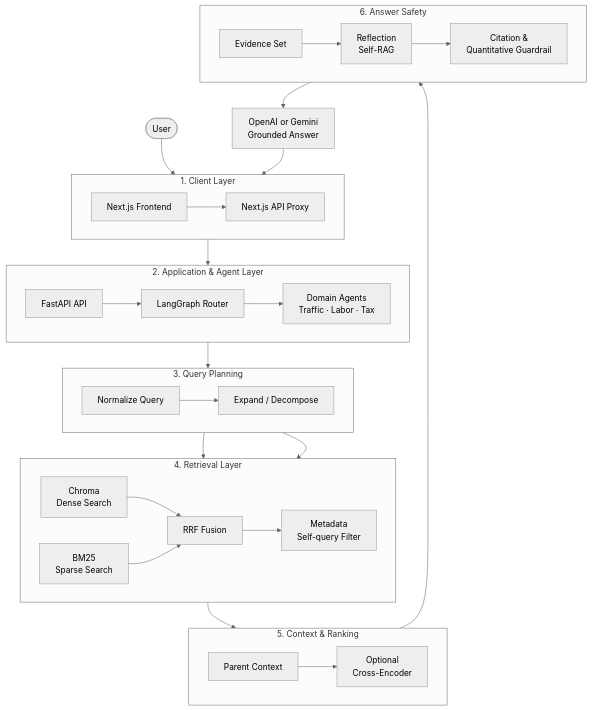
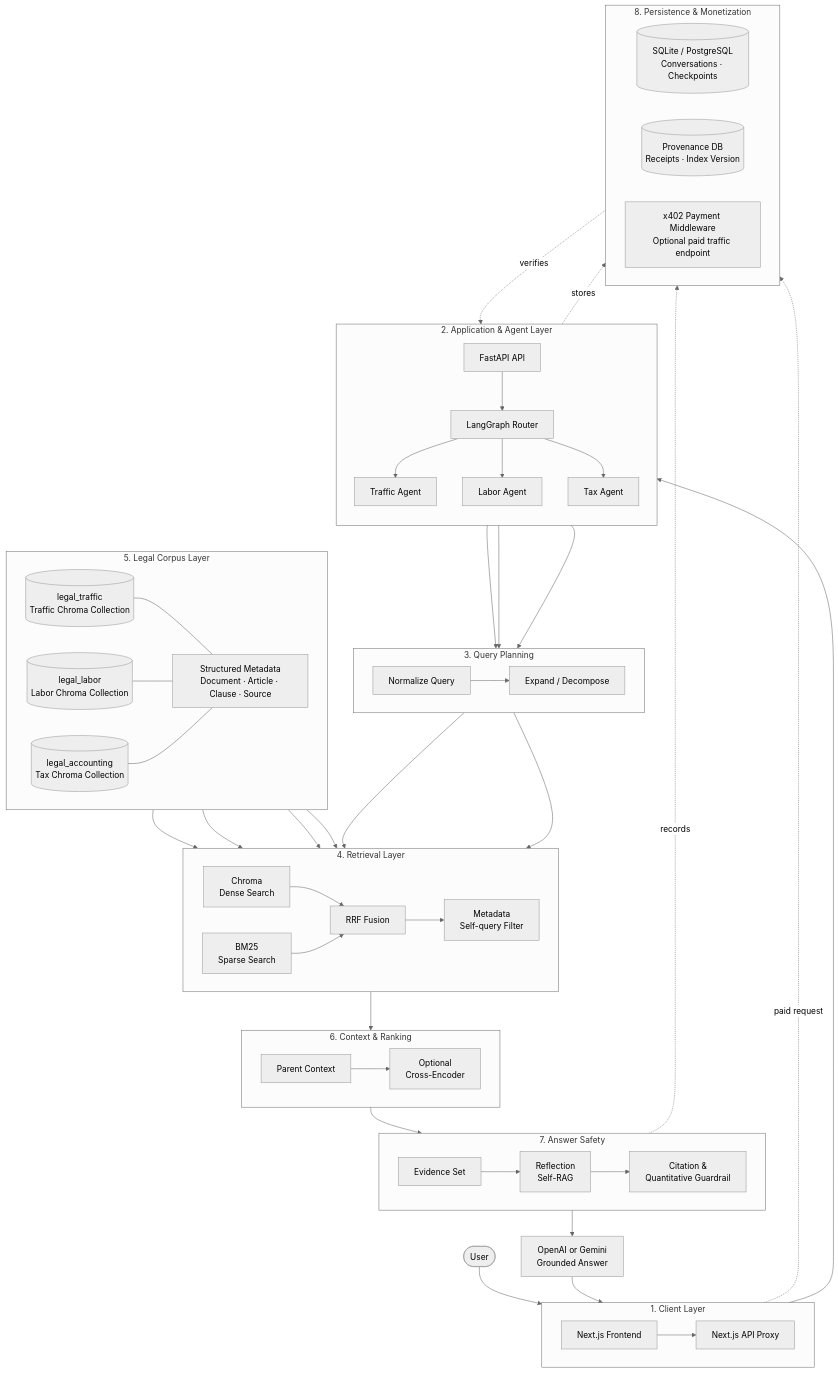
Before and after one commit to minhtangithu0b123/Trust-Agent: the first of 2 diagrams in README.md, drawn with Mermaid (neutral theme).

Commit message:
docs: restore full architecture components

````diff
--- a/README.md
+++ b/README.md
@@ -94,52 +94,82 @@
 ```mermaid
 flowchart TD
     U([User])
 
     subgraph CLIENT[1. Client Layer]
         direction LR
         FE[Next.js Frontend] --> PROXY[Next.js API Proxy]
     end
 
     subgraph ORCH[2. Application & Agent Layer]
-        direction LR
-        API[FastAPI API] --> ROUTER[LangGraph Router] --> AGENTS[Domain Agents<br/>Traffic · Labor · Tax]
+        direction TB
+        API[FastAPI API] --> ROUTER[LangGraph Router]
+        ROUTER --> TRAFFIC[Traffic Agent]
+        ROUTER --> LABOR[Labor Agent]
+        ROUTER --> TAX[Tax Agent]
     end
 
     subgraph PLAN[3. Query Planning]
         direction LR
         NORMALIZE[Normalize Query] --> EXPAND[Expand / Decompose]
     end
 
     subgraph RETRIEVAL[4. Retrieval Layer]
         direction LR
         DENSE[Chroma<br/>Dense Search]
         SPARSE[BM25<br/>Sparse Search]
         RRF[RRF Fusion]
         FILTER[Metadata<br/>Self-query Filter]
         DENSE --> RRF
         SPARSE --> RRF
         RRF --> FILTER
     end
 
-    subgraph CONTEXT[5. Context & Ranking]
+    subgraph CORPUS[5. Legal Corpus Layer]
+        direction LR
+        TRAFFIC_DB[(legal_traffic<br/>Traffic Chroma Collection)]
+        LABOR_DB[(legal_labor<br/>Labor Chroma Collection)]
+        TAX_DB[(legal_accounting<br/>Tax Chroma Collection)]
+        META[Structured Metadata<br/>Document · Article · Clause · Source]
+        TRAFFIC_DB --- META
+        LABOR_DB --- META
+        TAX_DB --- META
+    end
+
+    subgraph CONTEXT[6. Context & Ranking]
         direction LR
         PARENT[Parent Context] --> RERANK[Optional<br/>Cross-Encoder]
     end
 
-    subgraph SAFETY[6. Answer Safety]
+    subgraph SAFETY[7. Answer Safety]
         direction LR
         EVIDENCE[Evidence Set] --> REFLECT[Reflection<br/>Self-RAG] --> GUARD[Citation &<br/>Quantitative Guardrail]
     end
 
     MODEL[OpenAI or Gemini<br/>Grounded Answer]
 
+    subgraph PERSIST[8. Persistence & Monetization]
+        direction LR
+        MEMORY[(SQLite / PostgreSQL<br/>Conversations · Checkpoints)]
+        PROVENANCE[(Provenance DB<br/>Receipts · Index Version)]
+        X402[x402 Payment Middleware<br/>Optional paid traffic endpoint]
+    end
+
     U --> FE
     PROXY --> API
-    AGENTS --> NORMALIZE
+    TRAFFIC --> NORMALIZE
+    LABOR --> NORMALIZE
+    TAX --> NORMALIZE
     EXPAND --> DENSE
     EXPAND --> SPARSE
     FILTER --> PARENT
+    TRAFFIC_DB --> DENSE
+    LABOR_DB --> DENSE
+    TAX_DB --> DENSE
+    META --> FILTER
     RERANK --> EVIDENCE
     GUARD --> MODEL
     MODEL --> PROXY
+    API -. stores .-> MEMORY
+    GUARD -. records .-> PROVENANCE
+    PROXY -. paid request .-> X402 -. verifies .-> API
 ```
````
